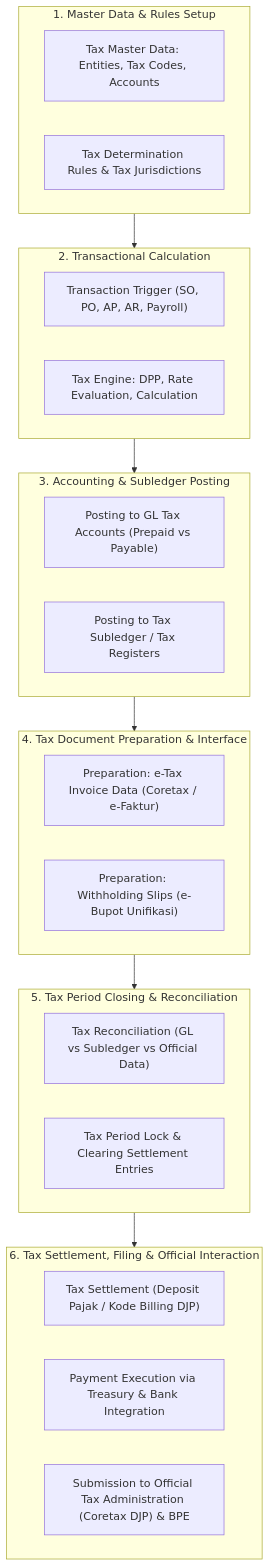
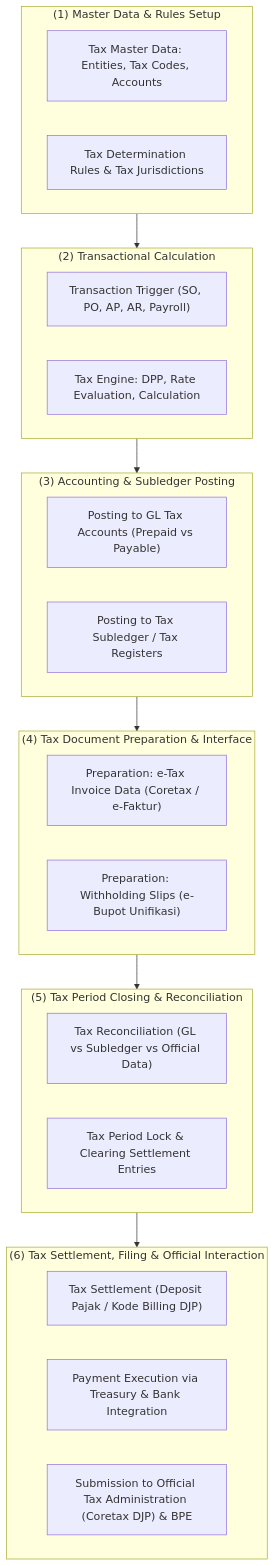
Before and after one commit to alimurrofid/erp-notes: the first of 2 diagrams in content/11-tax/tax-management-fundamentals.md, drawn with Mermaid. The commit also changed 132 other files, not shown here.

````diff
--- a/content/11-tax/tax-management-fundamentals.md
+++ b/content/11-tax/tax-management-fundamentals.md
@@ -34,35 +34,35 @@
 ```mermaid
 flowchart TD
-    subgraph S1["1. Master Data & Rules Setup"]
+    subgraph S1["(1) Master Data & Rules Setup"]
         M1["Tax Master Data: Entities, Tax Codes, Accounts"]
         M2["Tax Determination Rules & Tax Jurisdictions"]
     end
 
-    subgraph S2["2. Transactional Calculation"]
+    subgraph S2["(2) Transactional Calculation"]
         T1["Transaction Trigger (SO, PO, AP, AR, Payroll)"]
         T2["Tax Engine: DPP, Rate Evaluation, Calculation"]
     end
 
-    subgraph S3["3. Accounting & Subledger Posting"]
+    subgraph S3["(3) Accounting & Subledger Posting"]
         A1["Posting to GL Tax Accounts (Prepaid vs Payable)"]
         A2["Posting to Tax Subledger / Tax Registers"]
     end
 
-    subgraph S4["4. Tax Document Preparation & Interface"]
+    subgraph S4["(4) Tax Document Preparation & Interface"]
         D1["Preparation: e-Tax Invoice Data (Coretax / e-Faktur)"]
         D2["Preparation: Withholding Slips (e-Bupot Unifikasi)"]
     end
 
-    subgraph S5["5. Tax Period Closing & Reconciliation"]
+    subgraph S5["(5) Tax Period Closing & Reconciliation"]
         R1["Tax Reconciliation (GL vs Subledger vs Official Data)"]
         R2["Tax Period Lock & Clearing Settlement Entries"]
     end
 
-    subgraph S6["6. Tax Settlement, Filing & Official Interaction"]
+    subgraph S6["(6) Tax Settlement, Filing & Official Interaction"]
         F1["Tax Settlement (Deposit Pajak / Kode Billing DJP)"]
         F2["Payment Execution via Treasury & Bank Integration"]
         F3["Submission to Official Tax Administration (Coretax DJP) & BPE"]
     end
 
     S1 --> S2 --> S3 --> S4 --> S5 --> S6
 ```
````
